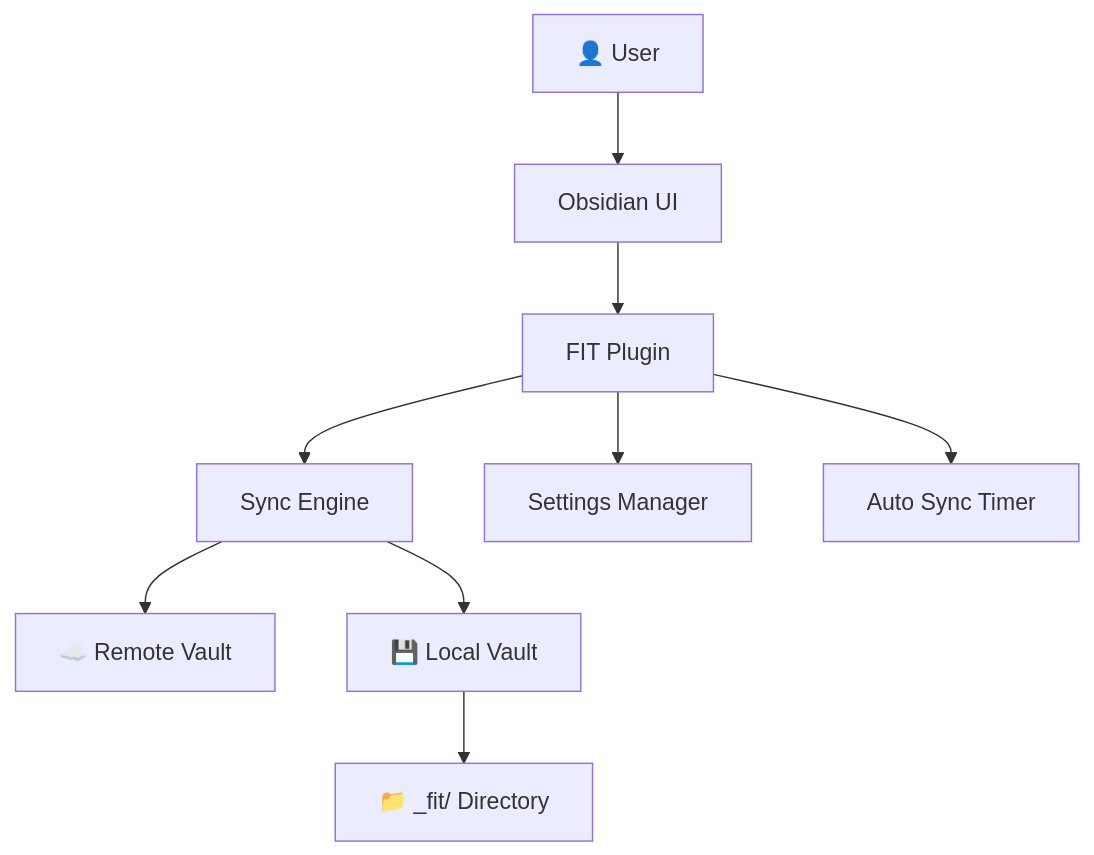
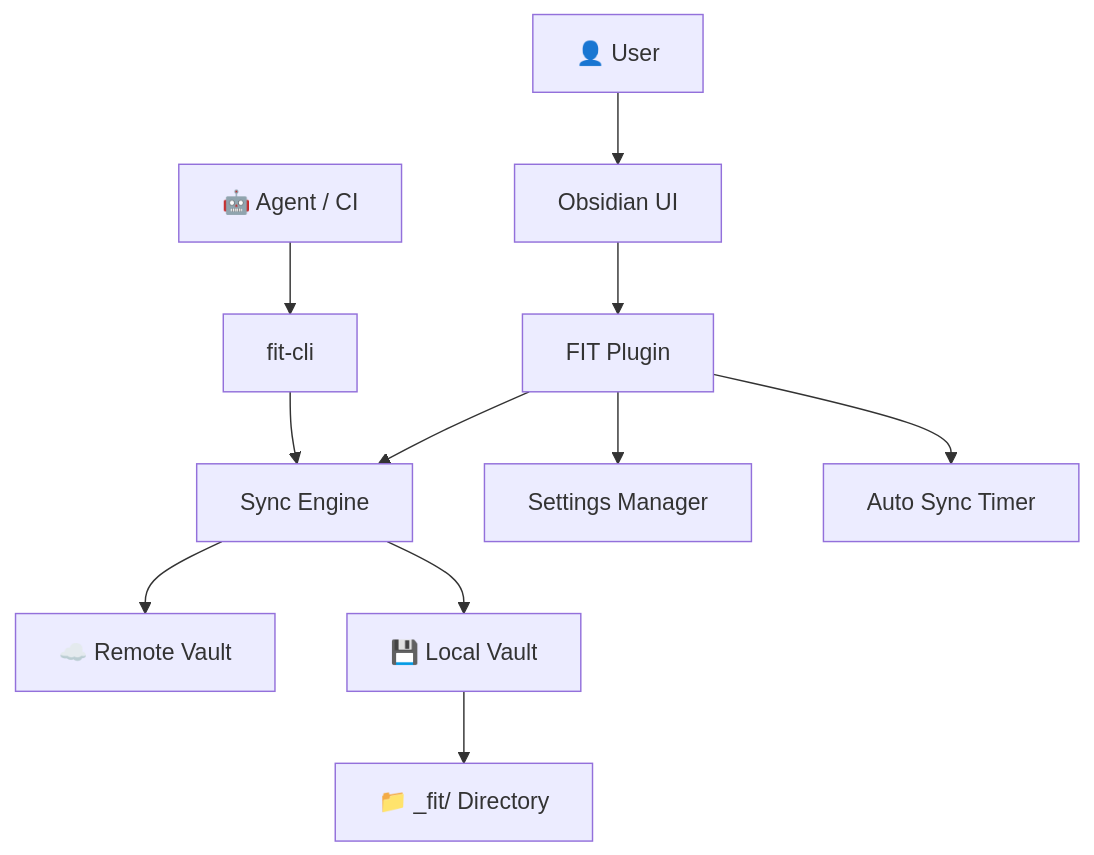
The first of 2 diagrams in docs/architecture.md (joshuakto/fit), drawn with Mermaid before and after one commit. The commit also changed other lines of this file and 20 other files, not shown here.

````diff
--- a/docs/architecture.md
+++ b/docs/architecture.md
@@ -9,14 +9,16 @@
 ```mermaid
 graph TB
     User[👤 User] --> Obsidian[Obsidian UI]
+    Agent[🤖 Agent / CI] --> CLI[fit-cli]
     Obsidian --> FitPlugin[FIT Plugin]
 
     FitPlugin --> Sync[Sync Engine]
     FitPlugin --> Settings[Settings Manager]
     FitPlugin --> AutoSync[Auto Sync Timer]
+    CLI --> Sync
 
     Sync --> Remote[☁️ Remote Vault]
     Sync --> Vault[💾 Local Vault]
 
     Vault --> ConflictDir[📁 _fit/ Directory]
 ```
````
